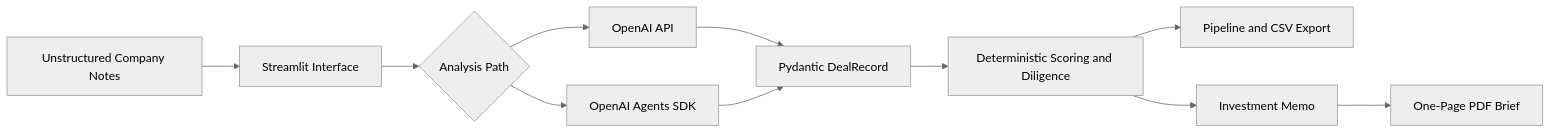
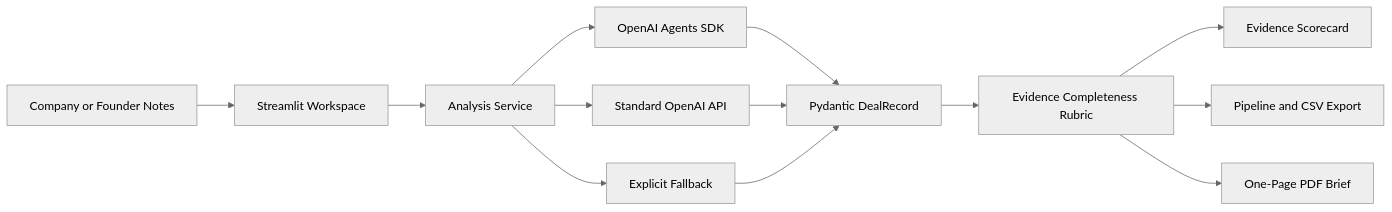
Before and after one commit to robtabamo9292/ai-deal-pipeline-assistant: the diagram in README.md, drawn with Mermaid (neutral theme). The commit also changed other lines of this file and 27 other files, not shown here.

````diff
--- a/README.md
+++ b/README.md
@@ -65,13 +54,15 @@
 ```mermaid
 flowchart LR
-    A[Unstructured Company Notes] --> B[Streamlit Interface]
-    B --> C{Analysis Path}
-    C --> D[OpenAI API]
-    C --> E[OpenAI Agents SDK]
-    D --> F[Pydantic DealRecord]
-    E --> F
-    F --> G[Deterministic Scoring and Diligence]
-    G --> H[Pipeline and CSV Export]
-    G --> I[Investment Memo]
-    I --> J[One-Page PDF Brief]
+    A[Company or Founder Notes] --> B[Streamlit Workspace]
+    B --> C[Analysis Service]
+    C --> D[OpenAI Agents SDK]
+    C --> E[Standard OpenAI API]
+    C --> F[Explicit Fallback]
+    D --> G[Pydantic DealRecord]
+    E --> G
+    F --> G
+    G --> H[Evidence Completeness Rubric]
+    H --> I[Evidence Scorecard]
+    H --> J[Pipeline and CSV Export]
+    H --> K[One-Page PDF Brief]
 ```
````
